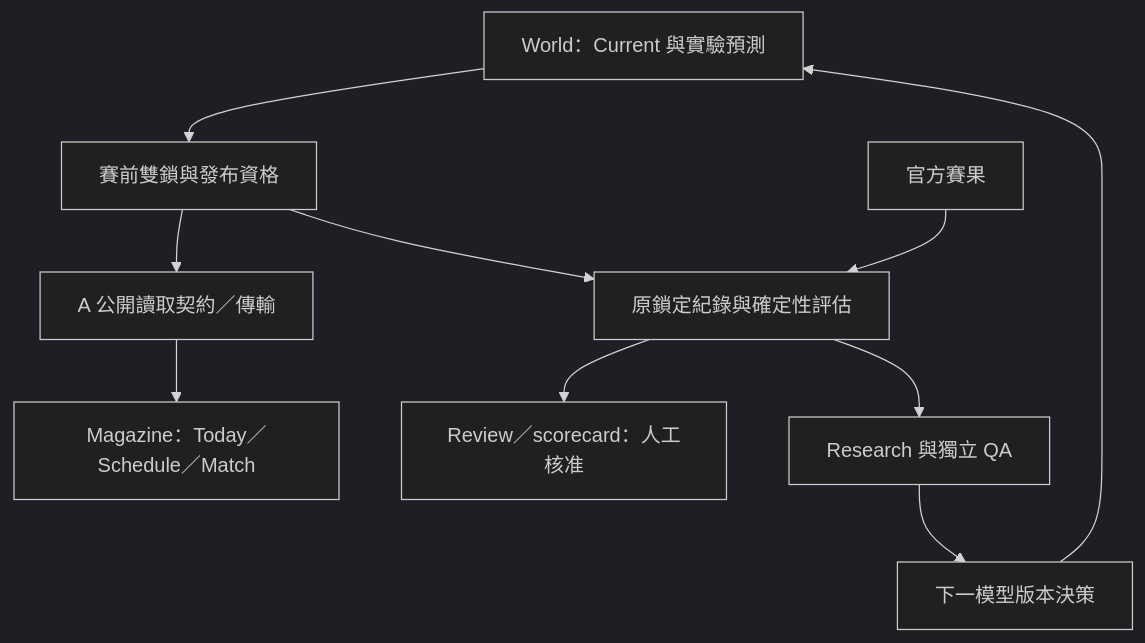
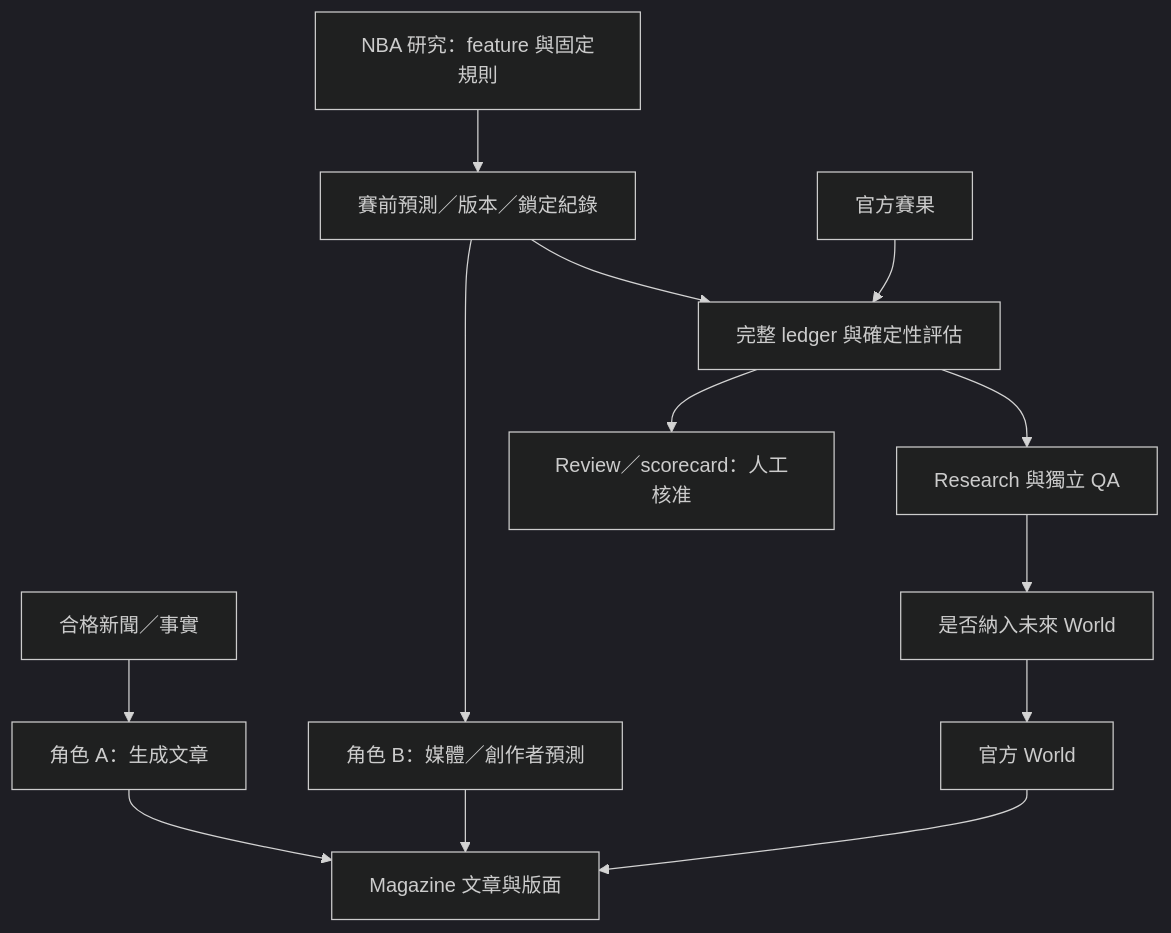
Before and after one commit to mikemm5216/Mosport-Magazine: the diagram in docs/ROADMAP.md, drawn with Mermaid (dark theme). The commit also changed other lines of this file and 3 other files, not shown here.

Commit message:
docs: define Magazine article generation and media-style feature validation roles

````diff
--- a/docs/ROADMAP.md
+++ b/docs/ROADMAP.md
@@ -43,12 +56,15 @@
 ```mermaid
 flowchart TD
-    A["World：Current 與實驗預測"] --> L["賽前雙鎖與發布資格"]
-    L --> P["A 公開讀取契約／傳輸"]
-    P --> B["Magazine：Today／Schedule／Match"]
-    L --> E["原鎖定紀錄與確定性評估"]
+    S["合格新聞／事實"] --> A["角色 A：生成文章"]
+    A --> P["Magazine 文章與版面"]
+    F["NBA 研究：feature 與固定規則"] --> L["賽前預測／版本／鎖定紀錄"]
+    L --> B["角色 B：媒體／創作者預測"]
+    B --> P
+    W["官方 World"] --> P
+    L --> E["完整 ledger 與確定性評估"]
     O["官方賽果"] --> E
     E --> R["Review／scorecard：人工核准"]
     E --> Q["Research 與獨立 QA"]
-    Q --> N["下一模型版本決策"]
-    N --> A
+    Q --> N["是否納入未來 World"]
+    N --> W
 ```
````
